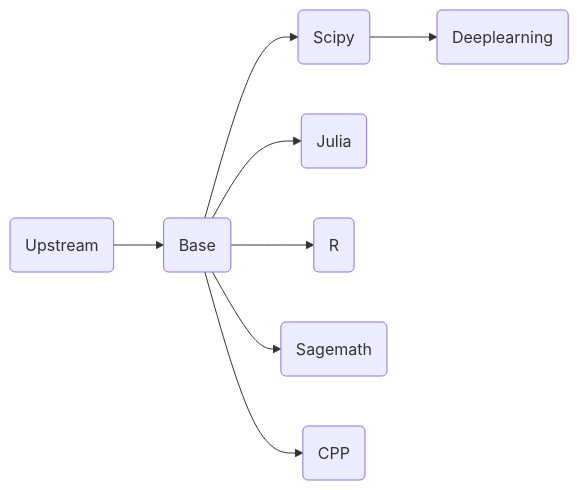
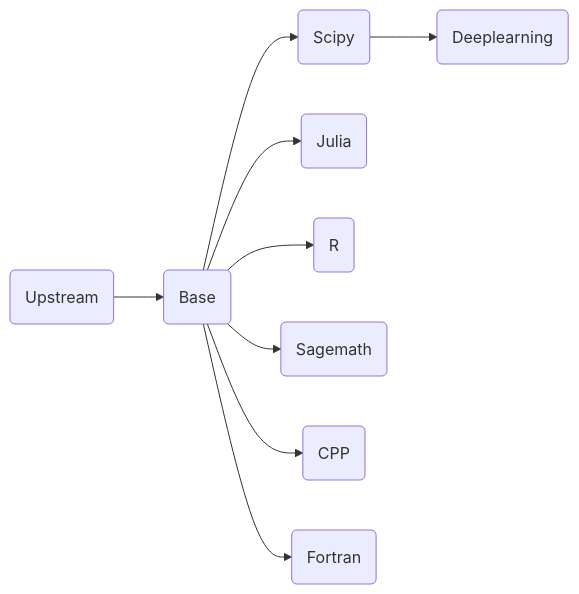
Before and after one commit to ben0i0d/jupyter-image-stacks: the diagram in README.md, drawn with Mermaid. The commit also changed other lines of this file, not shown here.

````diff
--- a/README.md
+++ b/README.md
@@ -14,9 +14,10 @@
 ```mermaid
 graph LR
 A(Upstream)-->B(Base)
 B-->C(Scipy)-->D(Deeplearning)	
 B-->E(Julia)
 B-->F(R)
 B-->G(Sagemath)
 B-->H(CPP)
+B-->I(Fortran)
 ```  
````
